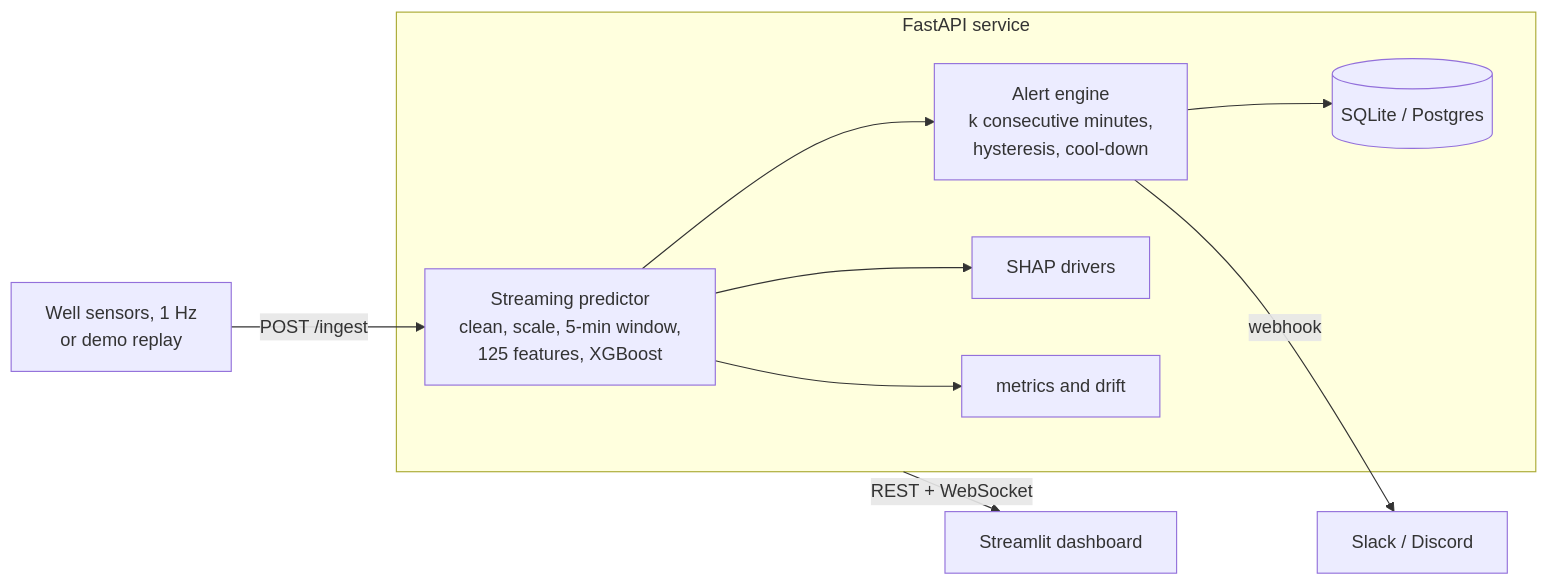
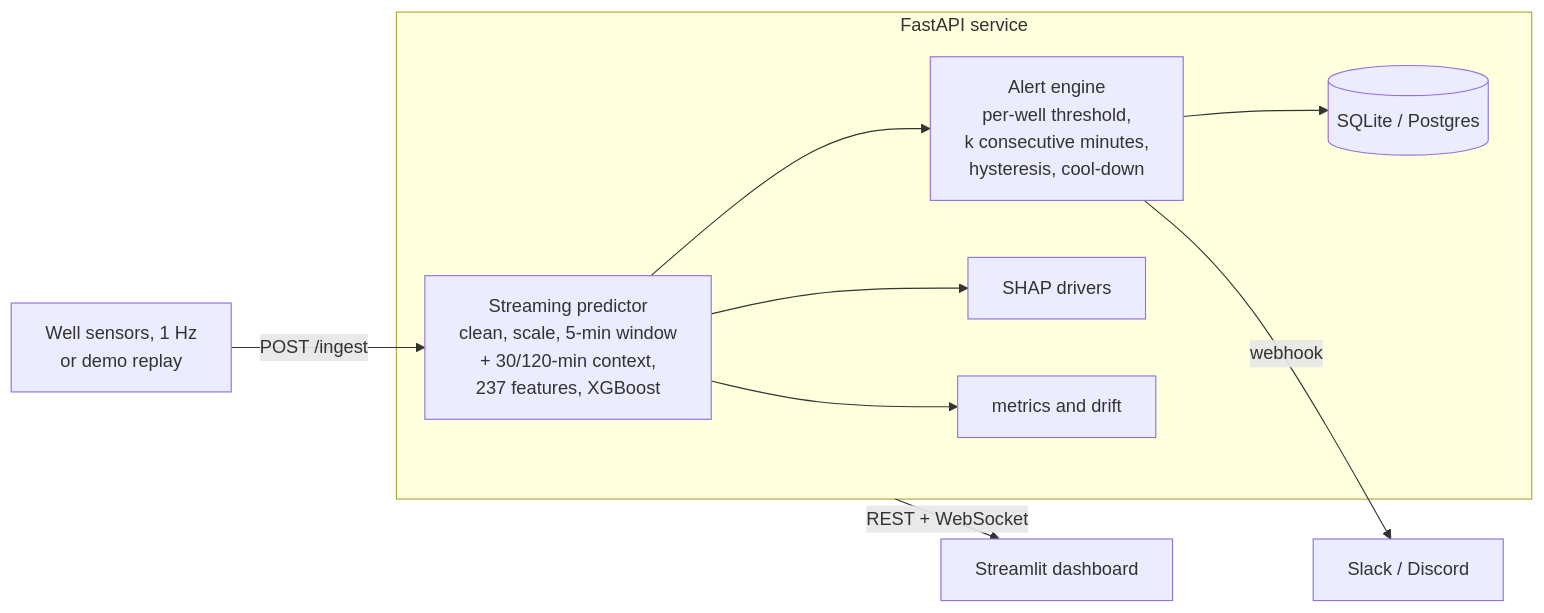
One commit to nomad-gokul/Oil-Well-Fault-Detection- changed the diagram in README.md. Above: the diagram before and after it, drawn with Mermaid. The commit also changed other lines of this file and 17 other files, not shown here.

First line of the commit message:
Switch production to the long-context model with per-well thresholds; document cross-validation

````diff
--- a/README.md
+++ b/README.md
@@ -38,12 +42,12 @@
 ```mermaid
 flowchart LR
     S[Well sensors, 1 Hz<br/>or demo replay] -->|POST /ingest| P
     subgraph API [FastAPI service]
-      P[Streaming predictor<br/>clean, scale, 5-min window,<br/>125 features, XGBoost] --> A[Alert engine<br/>k consecutive minutes,<br/>hysteresis, cool-down]
+      P[Streaming predictor<br/>clean, scale, 5-min window<br/>+ 30/120-min context,<br/>237 features, XGBoost] --> A[Alert engine<br/>per-well threshold,<br/>k consecutive minutes,<br/>hysteresis, cool-down]
       P --> X[SHAP drivers]
       A --> DB[(SQLite / Postgres)]
       P --> M[metrics and drift]
     end
     API -->|REST + WebSocket| D[Streamlit dashboard]
     A -->|webhook| W[Slack / Discord]
 ```
````
